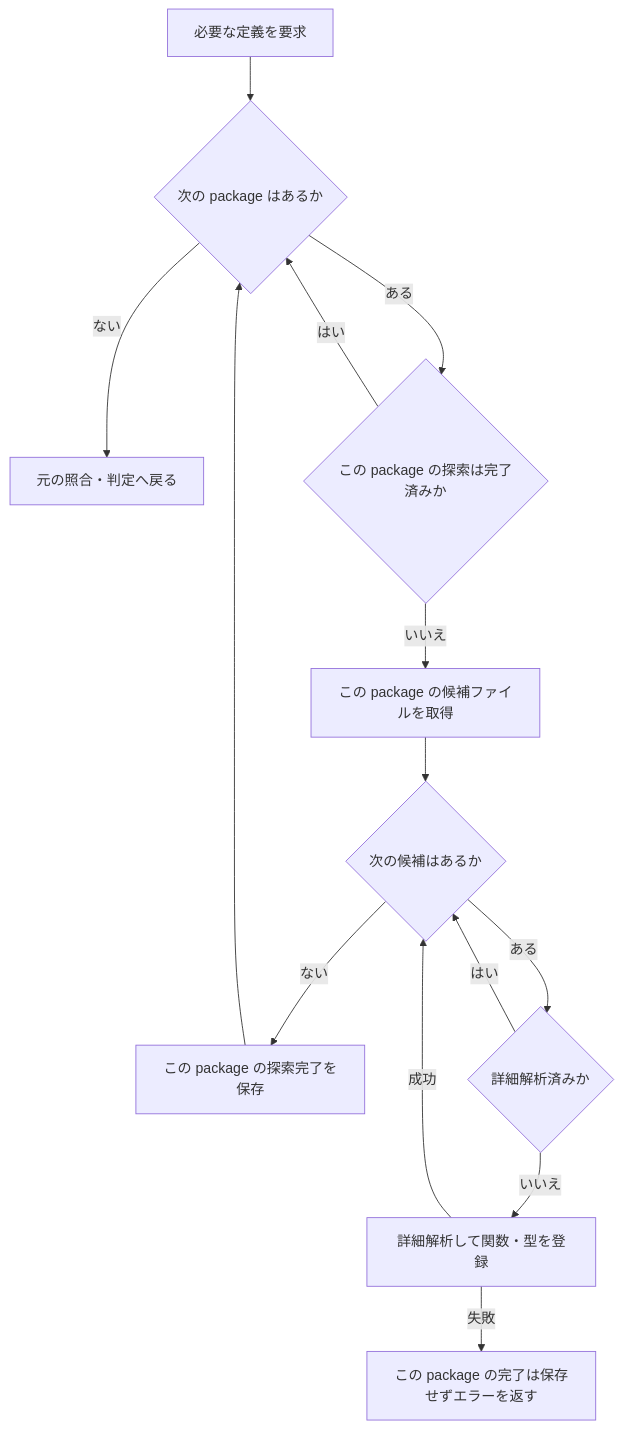
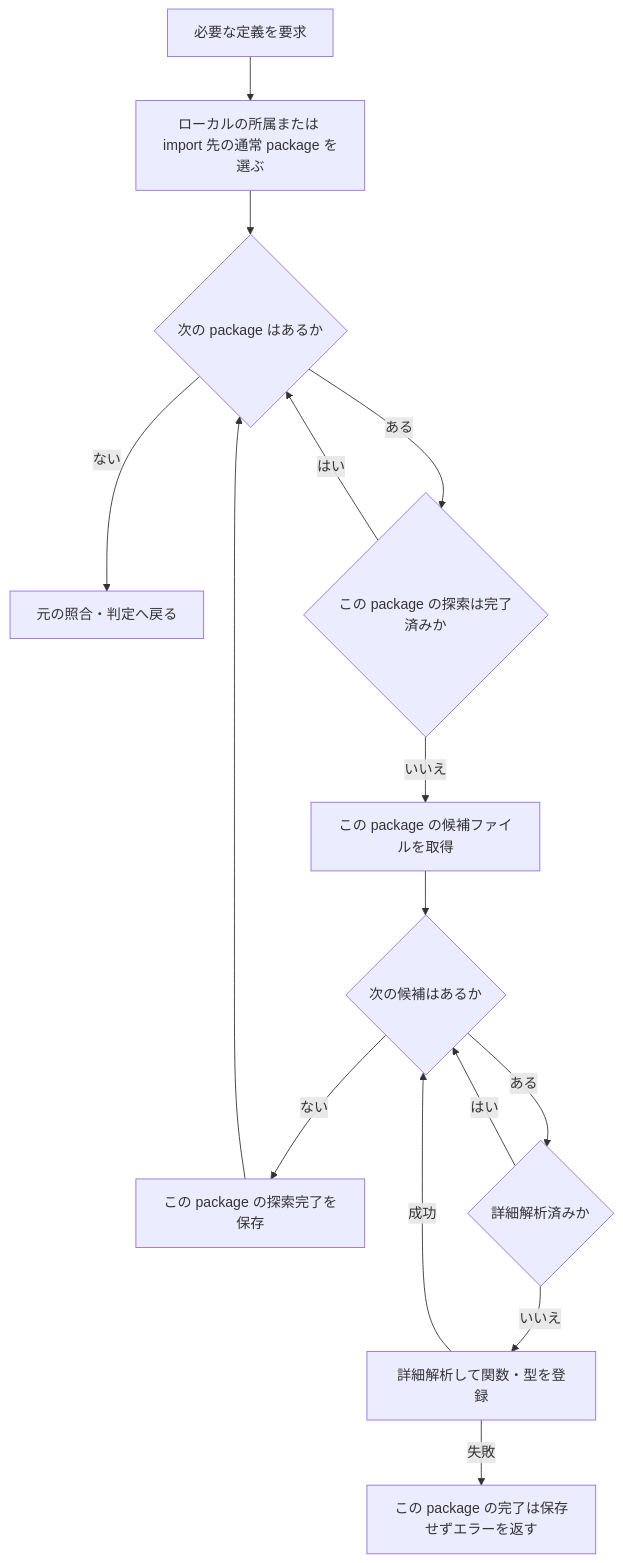
One commit to meian/rev-callgraph changed the third of 3 diagrams in docs/how-it-works.md. Above: the diagram before and after it, drawn with Mermaid. The commit also changed other lines of this file and 11 other files, not shown here.

````diff
--- a/docs/how-it-works.md
+++ b/docs/how-it-works.md
@@ -108,16 +112,17 @@
 ```mermaid
 flowchart TD
-    Need[必要な定義を要求] --> Package{次の package はあるか}
+    Need[必要な定義を要求] --> Scope[ローカルの所属または import 先の通常 package を選ぶ]
+    Scope --> Package{次の package はあるか}
     Package -->|ない| Back[元の照合・判定へ戻る]
     Package -->|ある| Done{この package の探索は完了済みか}
     Done -->|はい| Package
     Done -->|いいえ| Locate[この package の候補ファイルを取得]
     Locate --> Next{次の候補はあるか}
     Next -->|ない| Save[この package の探索完了を保存]
     Save --> Package
     Next -->|ある| Cached{詳細解析済みか}
     Cached -->|はい| Next
     Cached -->|いいえ| Parse[詳細解析して関数・型を登録]
     Parse -->|成功| Next
     Parse -->|失敗| Error[この package の完了は保存せずエラーを返す]
 ```
````
